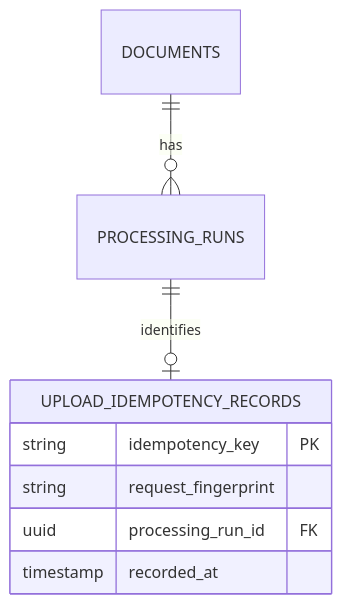
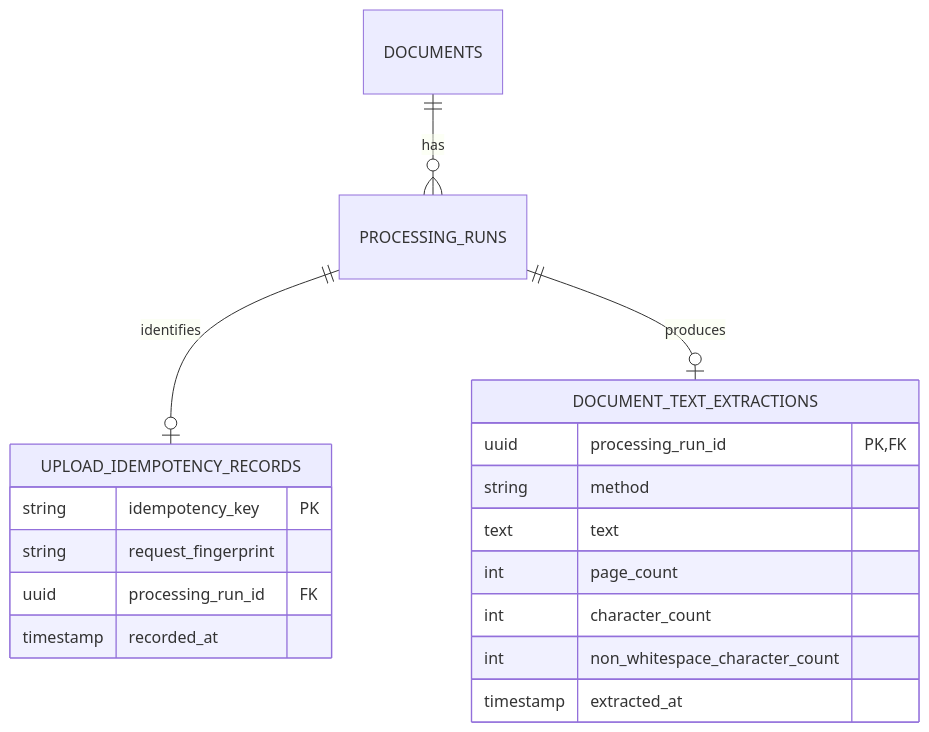
Diagram 11 of 11 in docs/architecture.md (PietroRussoD/ai-document-processing-platform), drawn with Mermaid before and after one commit. The commit also changed other lines of this file and 25 other files, not shown here.

````diff
--- a/docs/architecture.md
+++ b/docs/architecture.md
@@ -281,11 +284,21 @@
 ```mermaid
 erDiagram
     DOCUMENTS ||--o{ PROCESSING_RUNS : has
     PROCESSING_RUNS ||--o| UPLOAD_IDEMPOTENCY_RECORDS : identifies
+    PROCESSING_RUNS ||--o| DOCUMENT_TEXT_EXTRACTIONS : produces
     UPLOAD_IDEMPOTENCY_RECORDS {
         string idempotency_key PK
         string request_fingerprint
         uuid processing_run_id FK
         timestamp recorded_at
     }
+    DOCUMENT_TEXT_EXTRACTIONS {
+        uuid processing_run_id PK, FK
+        string method
+        text text
+        int page_count
+        int character_count
+        int non_whitespace_character_count
+        timestamp extracted_at
+    }
 ```
````
